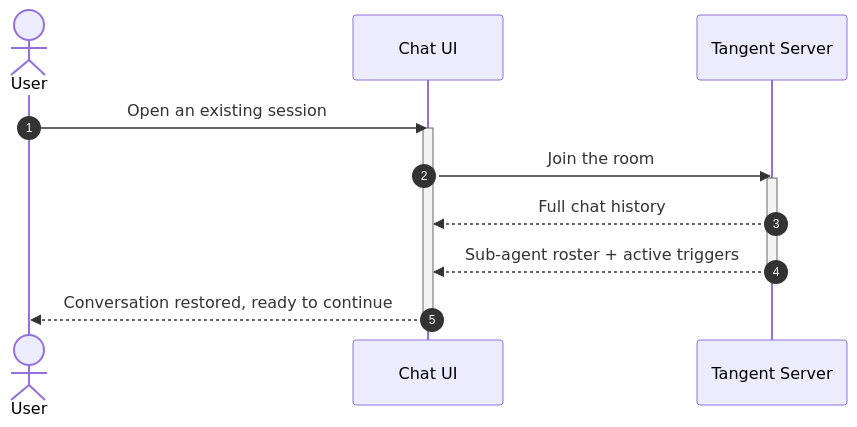
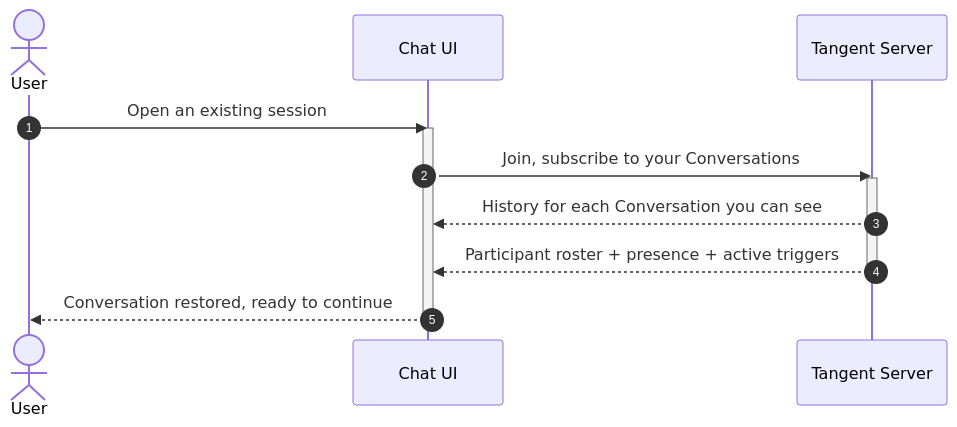
One commit to TangleML/tangent-shell changed the second of 2 diagrams in docs/overview/02-session-chat.md. Above: the diagram before and after it, drawn with Mermaid. The commit also changed other lines of this file and 16 other files, not shown here.

````diff
--- a/docs/overview/02-session-chat.md
+++ b/docs/overview/02-session-chat.md
@@ -84,17 +105,17 @@
 ```mermaid
 sequenceDiagram
   autonumber
   actor User
   participant UI as Chat UI
   participant Tangent as Tangent Server
 
   User->>UI: Open an existing session
   activate UI
-  UI->>Tangent: Join the room
+  UI->>Tangent: Join, subscribe to your Conversations
   activate Tangent
-  Tangent-->>UI: Full chat history
-  Tangent-->>UI: Sub-agent roster + active triggers
+  Tangent-->>UI: History for each Conversation you can see
+  Tangent-->>UI: Participant roster + presence + active triggers
   deactivate Tangent
   UI-->>User: Conversation restored, ready to continue
   deactivate UI
 ```
````
